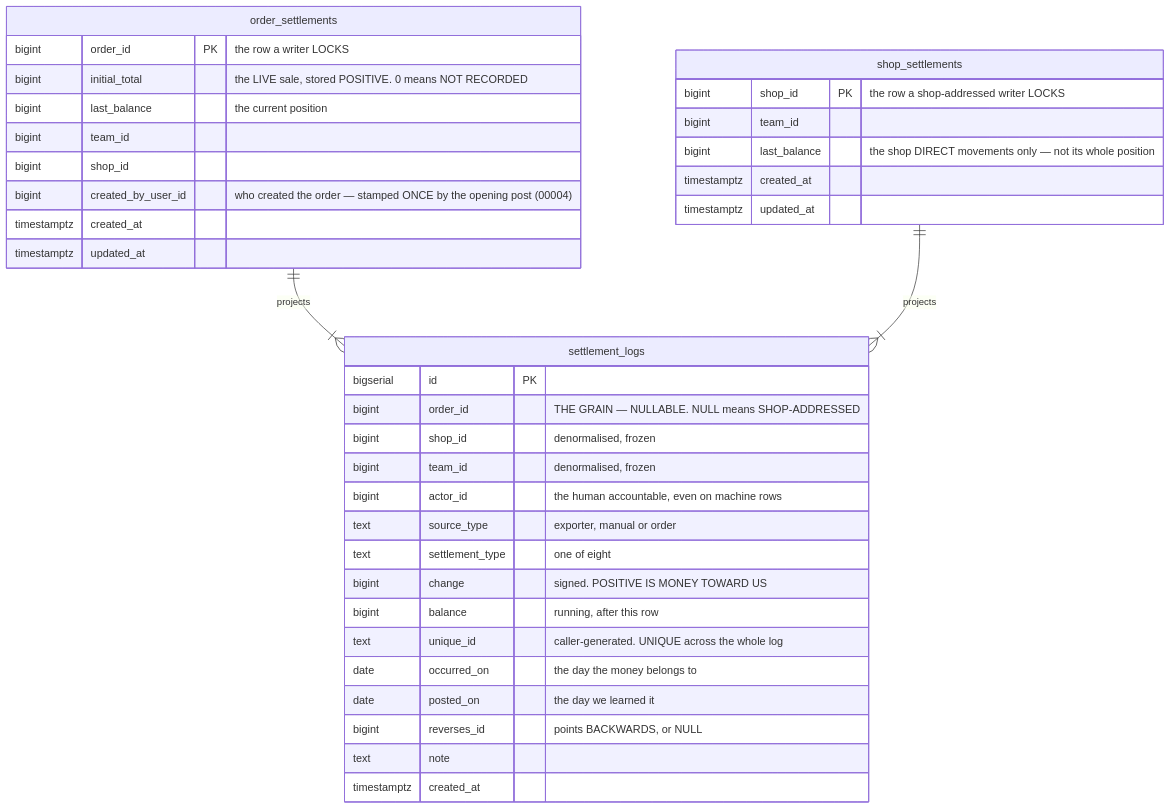
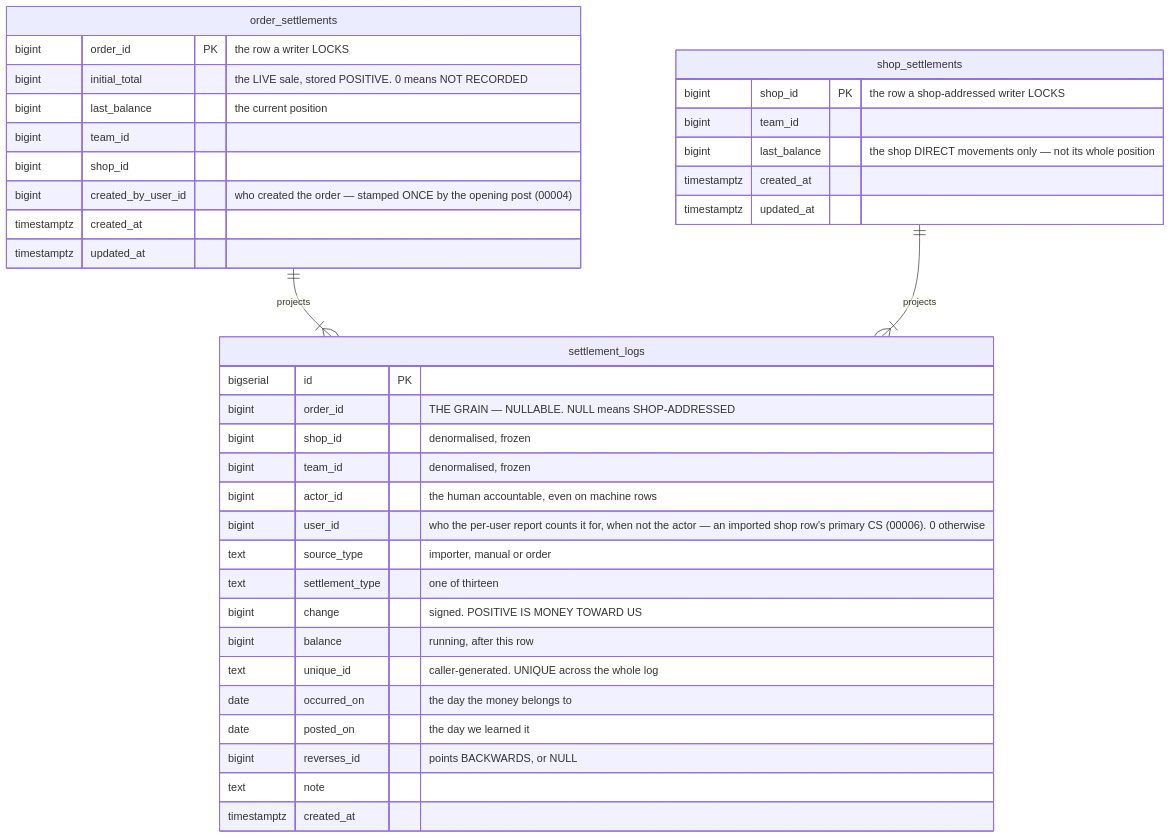
Before and after one commit to pdcgo/warehouse_revamp: diagram 13 of 14 in docs/database-schema.md, drawn with Mermaid. The commit also changed other lines of this file and 46 other files, not shown here.

````diff
--- a/docs/database-schema.md
+++ b/docs/database-schema.md
@@ -1329,42 +1329,43 @@
 ```mermaid
 erDiagram
   settlement_logs {
     bigserial id PK
     bigint order_id "THE GRAIN — NULLABLE. NULL means SHOP-ADDRESSED"
     bigint shop_id "denormalised, frozen"
     bigint team_id "denormalised, frozen"
     bigint actor_id "the human accountable, even on machine rows"
-    text source_type "exporter, manual or order"
-    text settlement_type "one of eight"
+    bigint user_id "who the per-user report counts it for, when not the actor — an imported shop row's primary CS (00006). 0 otherwise"
+    text source_type "importer, manual or order"
+    text settlement_type "one of thirteen"
     bigint change "signed. POSITIVE IS MONEY TOWARD US"
     bigint balance "running, after this row"
     text unique_id "caller-generated. UNIQUE across the whole log"
     date occurred_on "the day the money belongs to"
     date posted_on "the day we learned it"
     bigint reverses_id "points BACKWARDS, or NULL"
     text note
     timestamptz created_at
   }
 
   order_settlements {
     bigint order_id PK "the row a writer LOCKS"
     bigint initial_total "the LIVE sale, stored POSITIVE. 0 means NOT RECORDED"
     bigint last_balance "the current position"
     bigint team_id
     bigint shop_id
     bigint created_by_user_id "who created the order — stamped ONCE by the opening post (00004)"
     timestamptz created_at
     timestamptz updated_at
   }
 
   shop_settlements {
     bigint shop_id PK "the row a shop-addressed writer LOCKS"
     bigint team_id
     bigint last_balance "the shop DIRECT movements only — not its whole position"
     timestamptz created_at
     timestamptz updated_at
   }
 
   order_settlements ||--|{ settlement_logs : projects
   shop_settlements ||--|{ settlement_logs : projects
 ```
````
